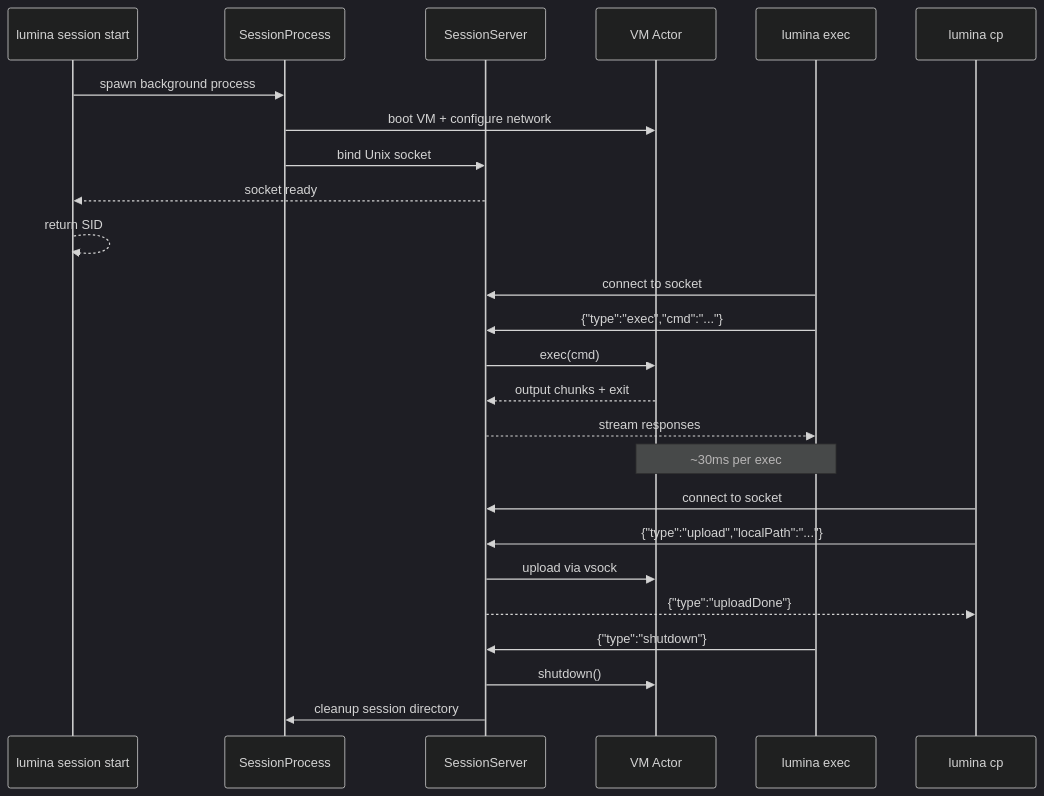
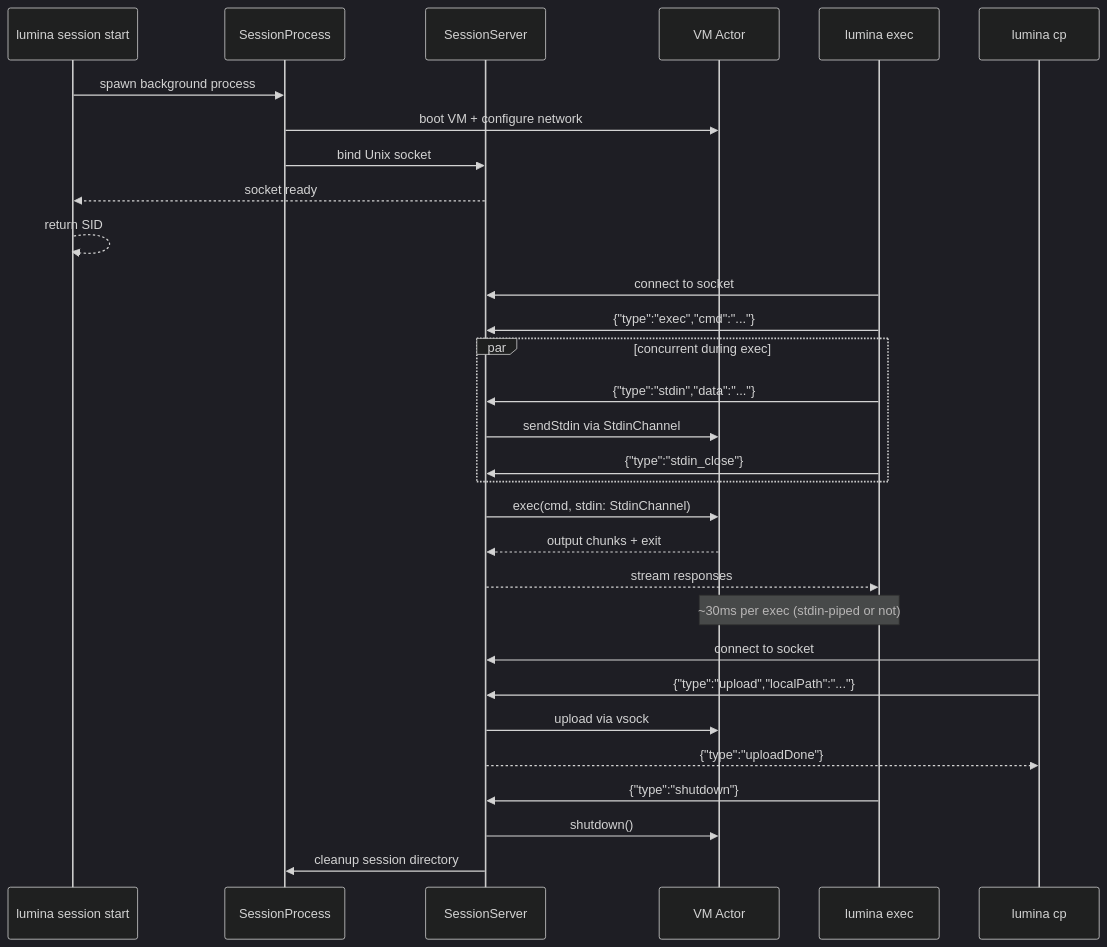
Before and after one commit to abdul-abdi/lumina: the second of 3 diagrams in README.md, drawn with Mermaid (dark theme). The commit also changed other lines of this file, not shown here.

First line of the commit message:
docs: update README for v0.5.0 — session stdin, parseSID, pool, 163 tests

````diff
--- a/README.md
+++ b/README.md
@@ -431,31 +451,36 @@
 ```mermaid
 sequenceDiagram
     participant CLI as lumina session start
     participant SP as SessionProcess
     participant SS as SessionServer
     participant VM as VM Actor
     participant EC as lumina exec
     participant CP as lumina cp
 
     CLI->>SP: spawn background process
     SP->>VM: boot VM + configure network
     SP->>SS: bind Unix socket
     SS-->>CLI: socket ready
     CLI-->>CLI: return SID
 
     EC->>SS: connect to socket
     EC->>SS: {"type":"exec","cmd":"..."}
-    SS->>VM: exec(cmd)
+    par concurrent during exec
+        EC->>SS: {"type":"stdin","data":"..."}
+        SS->>VM: sendStdin via StdinChannel
+        EC->>SS: {"type":"stdin_close"}
+    end
+    SS->>VM: exec(cmd, stdin: StdinChannel)
     VM-->>SS: output chunks + exit
     SS-->>EC: stream responses
-    Note over EC,VM: ~30ms per exec
+    Note over EC,VM: ~30ms per exec (stdin-piped or not)
 
     CP->>SS: connect to socket
     CP->>SS: {"type":"upload","localPath":"..."}
     SS->>VM: upload via vsock
     SS-->>CP: {"type":"uploadDone"}
 
     EC->>SS: {"type":"shutdown"}
     SS->>VM: shutdown()
     SS->>SP: cleanup session directory
 ```
````
